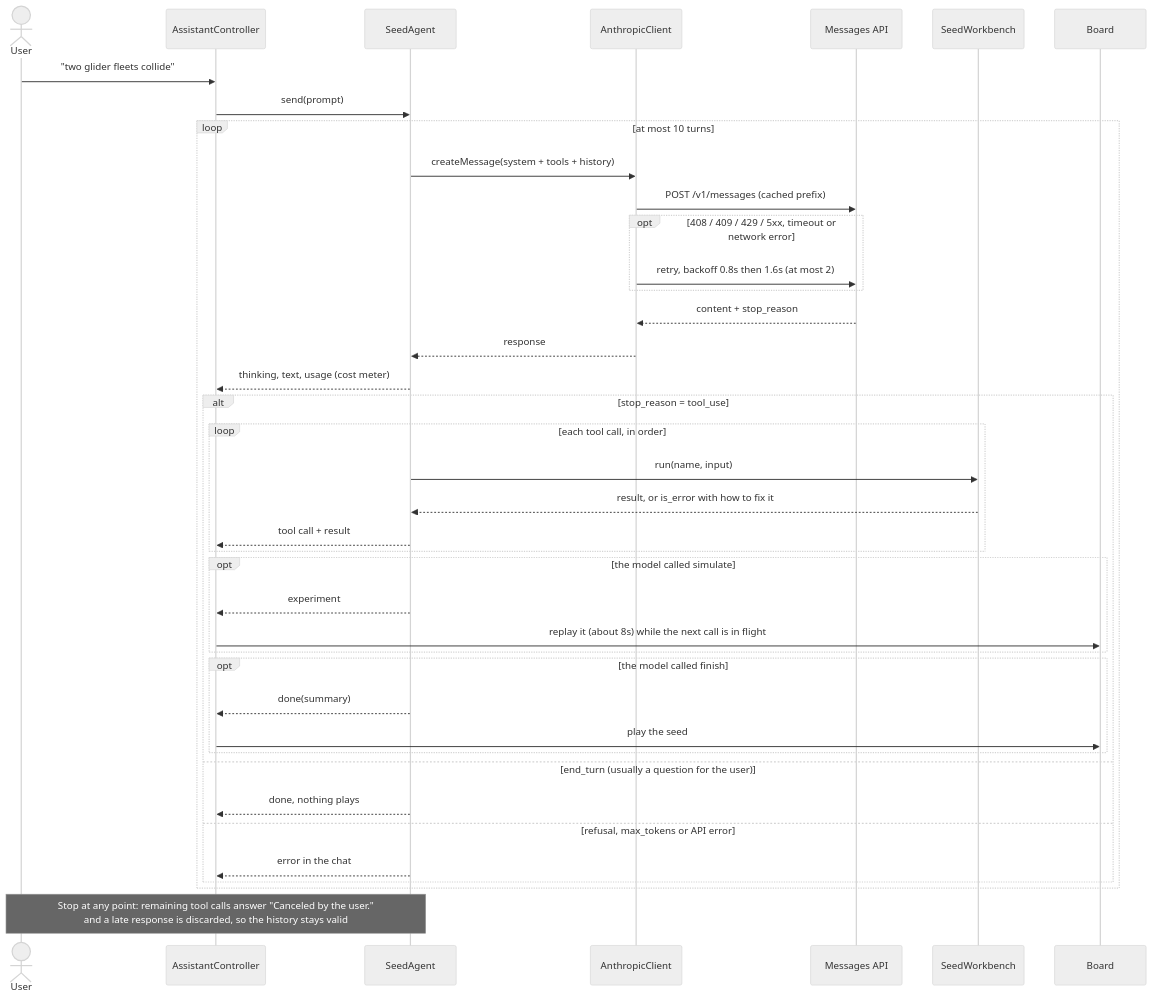
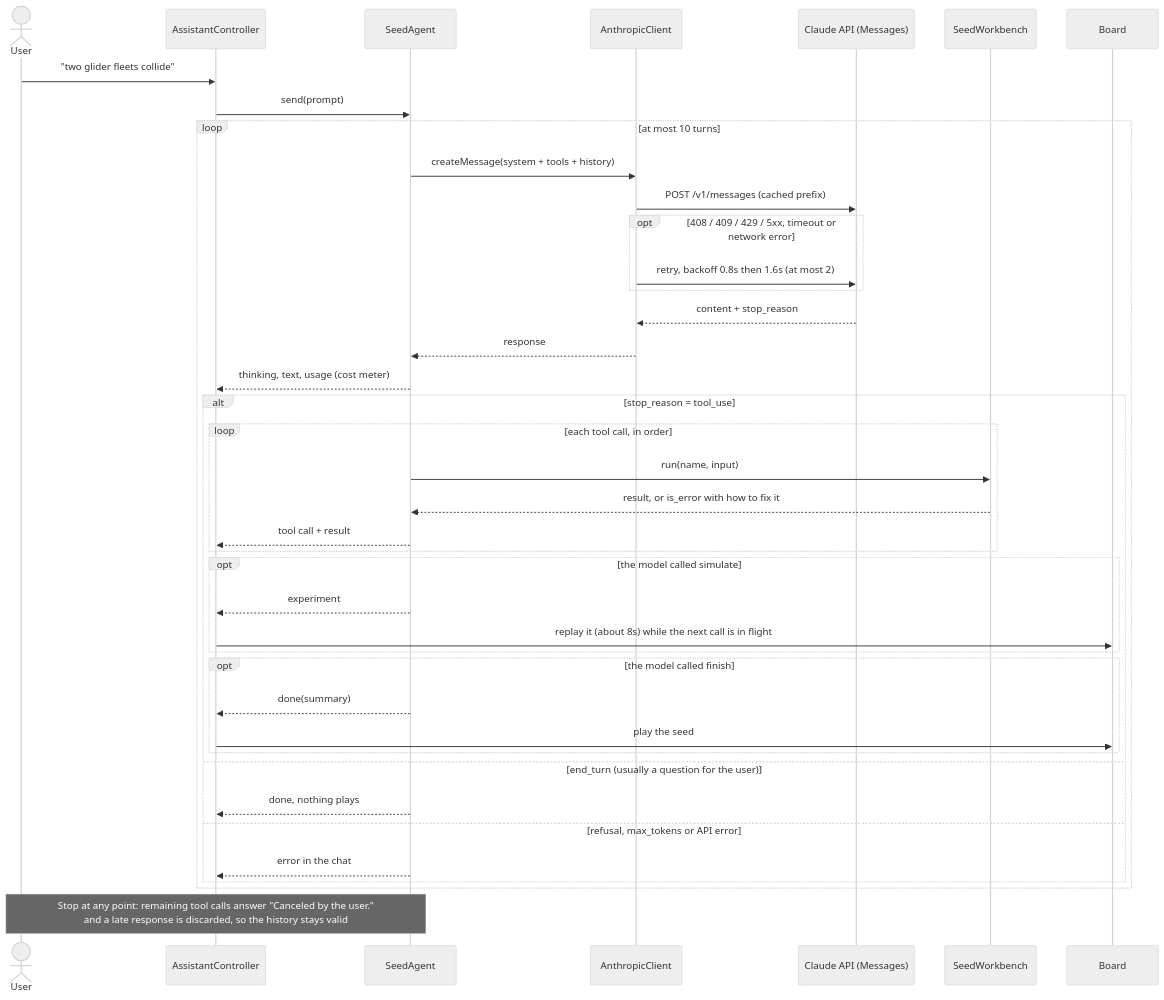
One commit to shanepkearney/life-with-ai changed the second of 2 diagrams in README.md. Above: the diagram before and after it, drawn with Mermaid (neutral theme). The commit also changed other lines of this file, not shown here.

Commit message:
docs: label the Claude API as such in the harness diagrams
"Messages API" is Anthropic's endpoint name; "Claude API (Messages)" reads at a glance.

````diff
--- a/README.md
+++ b/README.md
@@ -237,43 +237,43 @@
 ```mermaid
 sequenceDiagram
     actor U as User
     participant AC as AssistantController
     participant SA as SeedAgent
     participant CL as AnthropicClient
-    participant API as Messages API
+    participant API as Claude API (Messages)
     participant WB as SeedWorkbench
     participant B as Board
 
     U->>AC: "two glider fleets collide"
     AC->>SA: send(prompt)
     loop at most 10 turns
         SA->>CL: createMessage(system + tools + history)
         CL->>API: POST /v1/messages (cached prefix)
         opt 408 / 409 / 429 / 5xx, timeout or network error
             CL->>API: retry, backoff 0.8s then 1.6s (at most 2)
         end
         API-->>CL: content + stop_reason
         CL-->>SA: response
         SA-->>AC: thinking, text, usage (cost meter)
         alt stop_reason = tool_use
             loop each tool call, in order
                 SA->>WB: run(name, input)
                 WB-->>SA: result, or is_error with how to fix it
                 SA-->>AC: tool call + result
             end
             opt the model called simulate
                 SA-->>AC: experiment
                 AC->>B: replay it (about 8s) while the next call is in flight
             end
             opt the model called finish
                 SA-->>AC: done(summary)
                 AC->>B: play the seed
             end
         else end_turn (usually a question for the user)
             SA-->>AC: done, nothing plays
         else refusal, max_tokens or API error
             SA-->>AC: error in the chat
         end
     end
     Note over U,SA: Stop at any point: remaining tool calls answer "Canceled by the user."<br/>and a late response is discarded, so the history stays valid
 ```
````
